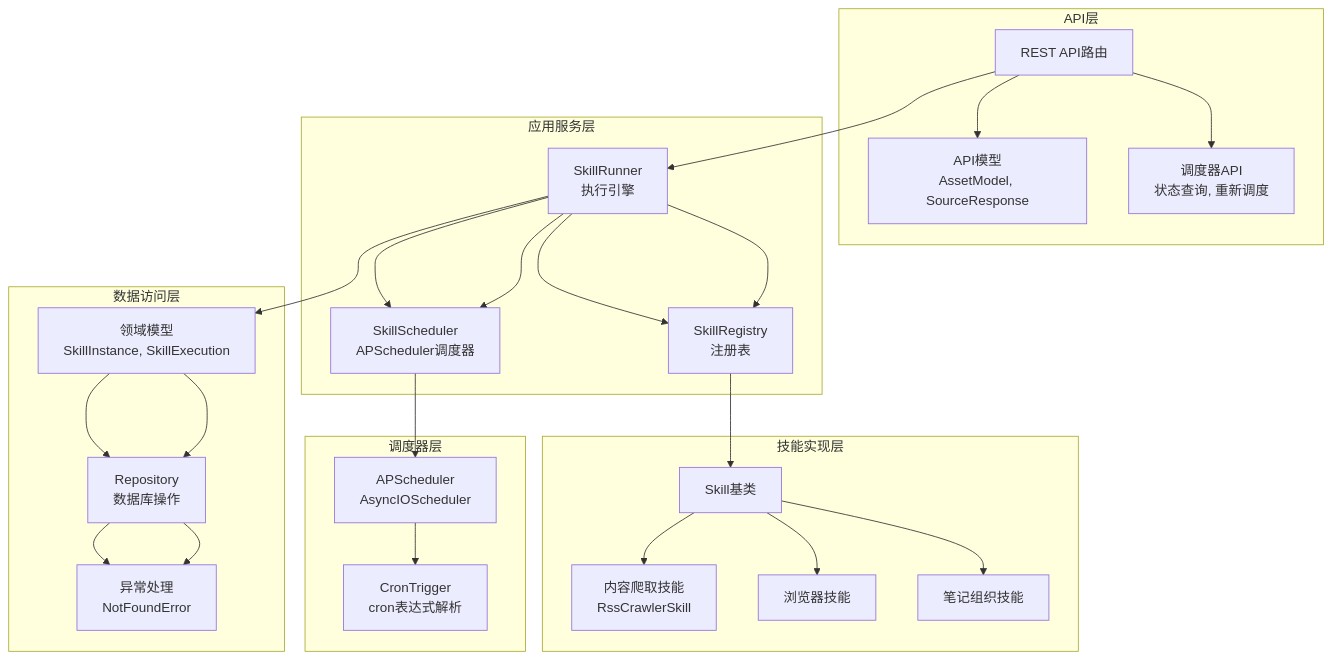
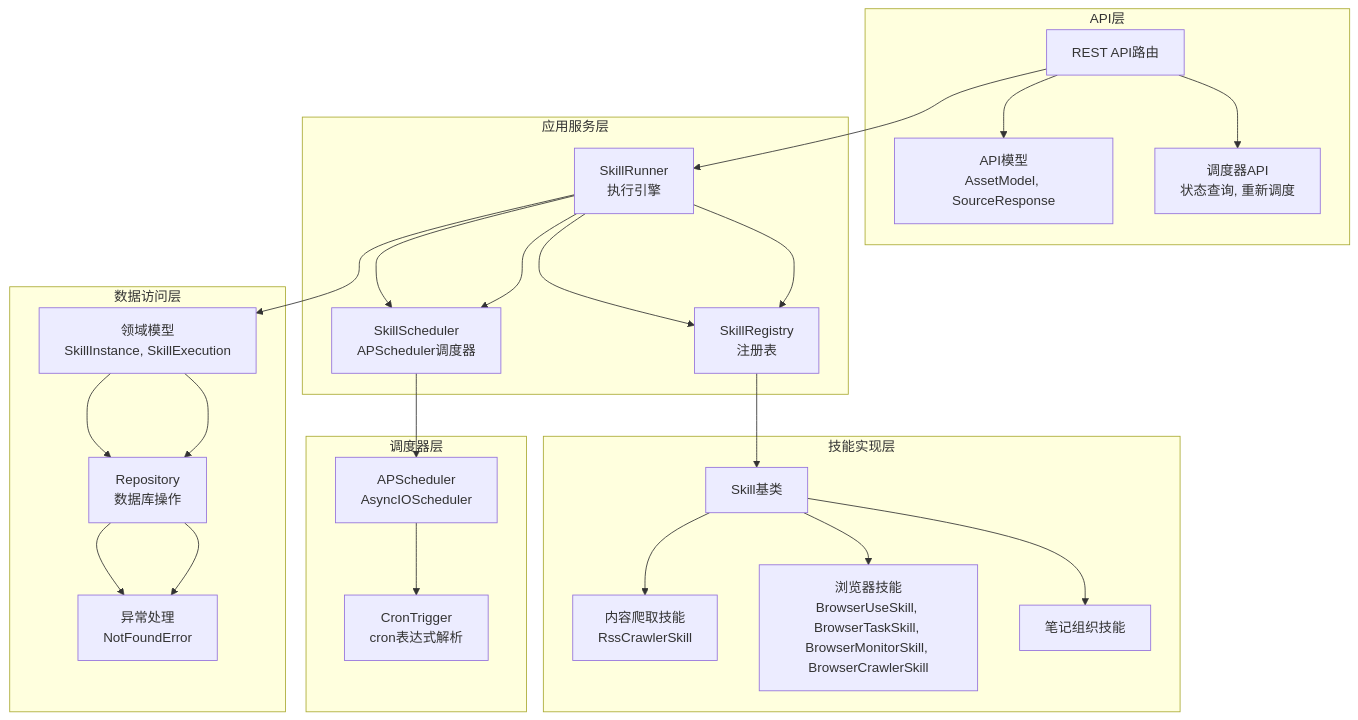
Before and after one commit to jackeyunjie/open-notebook: the second of 17 diagrams in .qoder/repowiki/zh/content/项目概述/核心功能特性/技能系统.md, drawn with Mermaid. The commit also changed other lines of this file and 11 other files, not shown here.

````diff
--- a/.qoder/repowiki/zh/content/项目概述/核心功能特性/技能系统.md
+++ b/.qoder/repowiki/zh/content/项目概述/核心功能特性/技能系统.md
@@ -153,40 +167,40 @@
 ```mermaid
 graph TB
 subgraph "API层"
 API[REST API路由]
 API --> Models[API模型<br/>AssetModel, SourceResponse]
 API --> SchedulerAPI[调度器API<br/>状态查询, 重新调度]
 end
 subgraph "应用服务层"
 Runner[SkillRunner<br/>执行引擎]
 Runner --> Registry[SkillRegistry<br/>注册表]
 Runner --> Scheduler[SkillScheduler<br/>APScheduler调度器]
 end
 subgraph "技能实现层"
 Base[Skill基类]
 Content[内容爬取技能<br/>RssCrawlerSkill]
-Browser[浏览器技能]
+Browser[浏览器技能<br/>BrowserUseSkill, BrowserTaskSkill, BrowserMonitorSkill, BrowserCrawlerSkill]
 Organizer[笔记组织技能]
 end
 subgraph "调度器层"
 APScheduler[APScheduler<br/>AsyncIOScheduler]
 CronTrigger[CronTrigger<br/>cron表达式解析]
 end
 subgraph "数据访问层"
 Domain[领域模型<br/>SkillInstance, SkillExecution]
 Domain --> Repository[Repository<br/>数据库操作]
 Repository --> Exceptions[异常处理<br/>NotFoundError]
 end
 API --> Runner
 Runner --> Registry
 Runner --> Scheduler
 Scheduler --> APScheduler
 APScheduler --> CronTrigger
 Registry --> Base
 Base --> Content
 Base --> Browser
 Base --> Organizer
 Runner --> Domain
 Domain --> Repository
 Repository --> Exceptions
 ```
````
